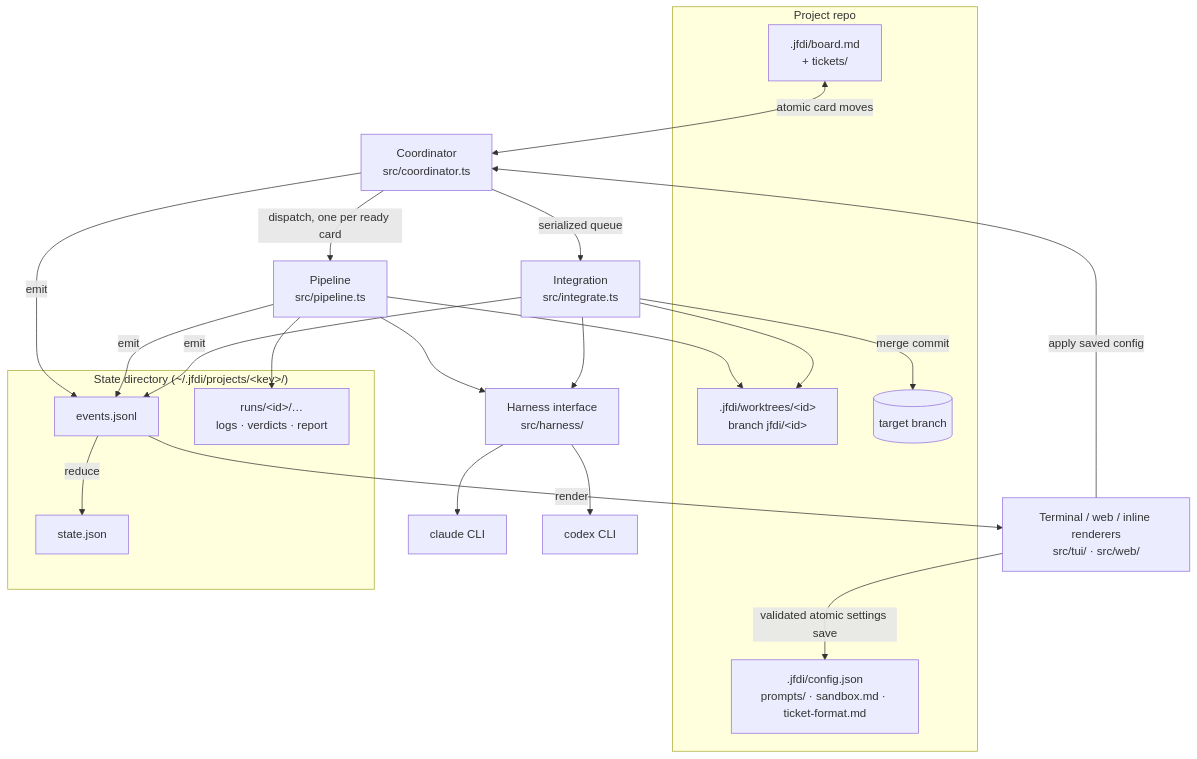
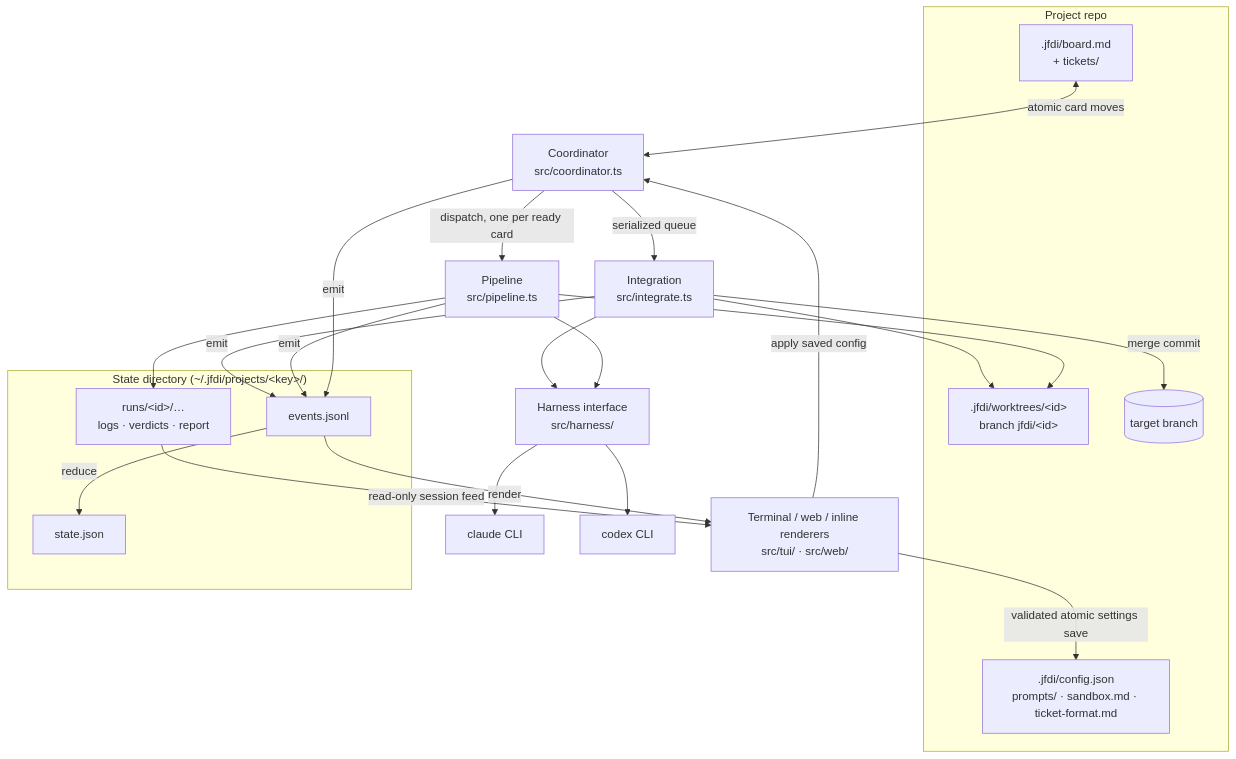
Before and after one commit to rdaruszka/jfdi: the first of 2 diagrams in docs/architecture/overview.md, drawn with Mermaid. The commit also changed other lines of this file and 8 other files, not shown here.

````diff
--- a/docs/architecture/overview.md
+++ b/docs/architecture/overview.md
@@ -25,42 +25,43 @@
 ```mermaid
 flowchart TB
     subgraph project [Project repo]
         BOARD[".jfdi/board.md<br/>+ tickets/"]
         CONFIG[".jfdi/config.json<br/>prompts/ · sandbox.md · ticket-format.md"]
         WT[".jfdi/worktrees/&lt;id&gt;<br/>branch jfdi/&lt;id&gt;"]
         TARGET[(target branch)]
     end
 
     subgraph statedir ["State directory (~/.jfdi/projects/&lt;key&gt;/)"]
         EV[events.jsonl]
         SNAP[state.json]
         RUNS[runs/&lt;id&gt;/…<br/>logs · verdicts · report]
     end
 
     COORD[Coordinator<br/>src/coordinator.ts]
     PIPE[Pipeline<br/>src/pipeline.ts]
     INT[Integration<br/>src/integrate.ts]
     HARNESS[Harness interface<br/>src/harness/]
     CLI_A[claude CLI]
     CLI_B[codex CLI]
     UI[Terminal / web / inline renderers<br/>src/tui/ · src/web/]
 
     BOARD <-->|atomic card moves| COORD
     COORD -->|dispatch, one per ready card| PIPE
     COORD -->|serialized queue| INT
     PIPE --> HARNESS
     INT --> HARNESS
     HARNESS --> CLI_A
     HARNESS --> CLI_B
     PIPE --> WT
     INT --> WT
     INT -->|merge commit| TARGET
     COORD -->|emit| EV
     PIPE -->|emit| EV
     INT -->|emit| EV
     EV -->|reduce| SNAP
     EV -->|render| UI
+    RUNS -->|read-only session feed| UI
     UI -->|validated atomic settings save| CONFIG
     UI -->|apply saved config| COORD
     PIPE --> RUNS
 ```
````
